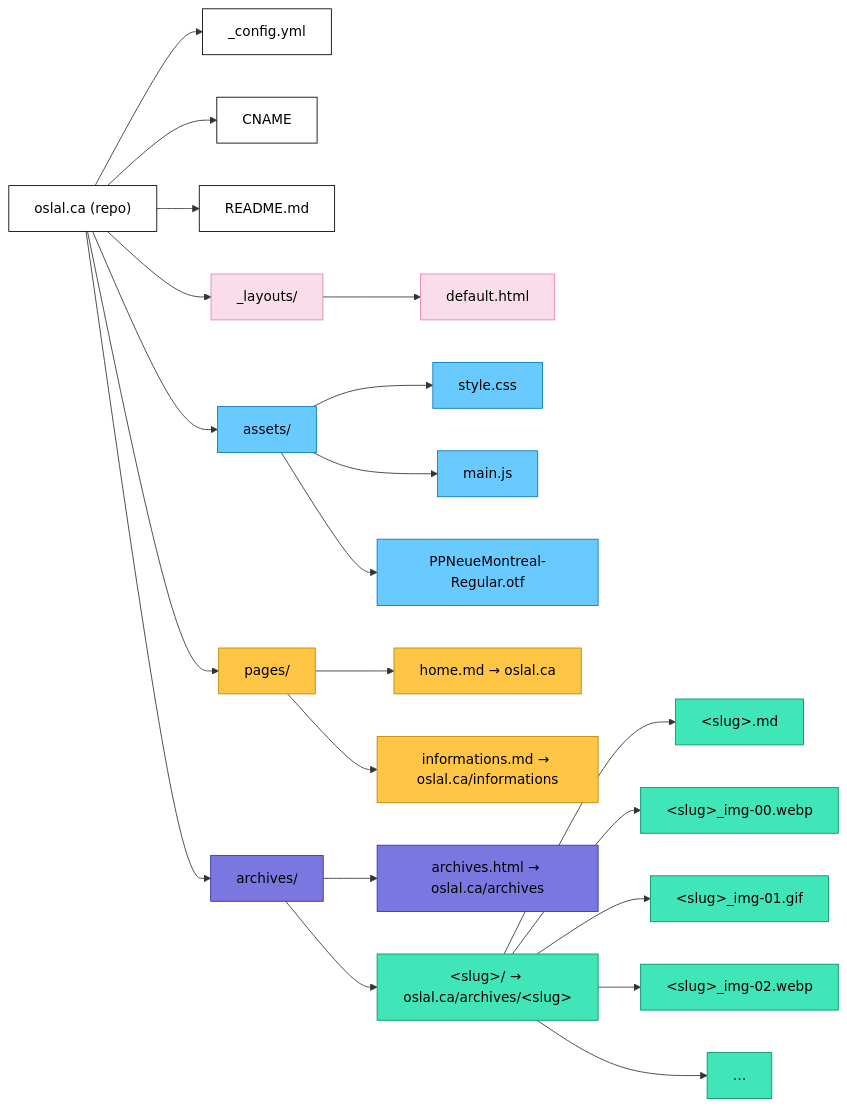
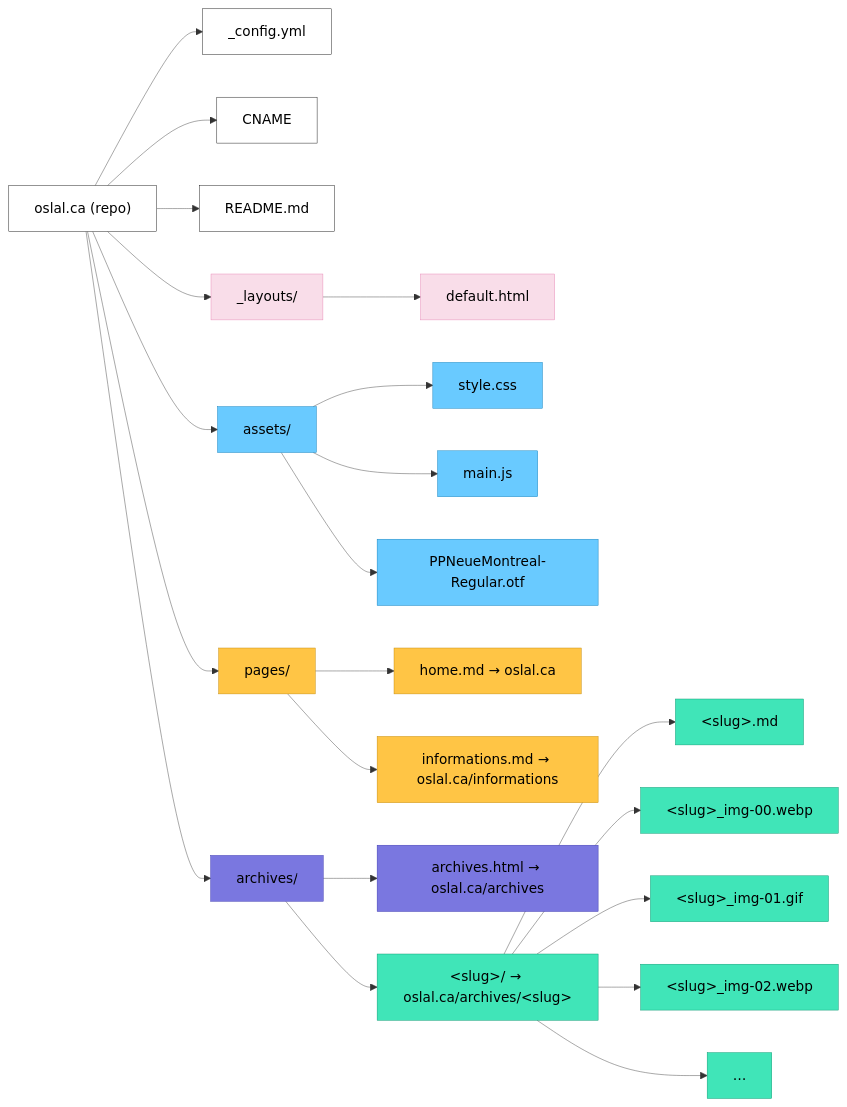
Before and after one commit to oslal/oslal.ca: the diagram in README.md, drawn with Mermaid.

Commit message:
another readme update

````diff
--- a/README.md
+++ b/README.md
@@ -1,44 +1,47 @@
 ```mermaid
+%%{init: {"fontFamily": "PP Neue Montreal", "themeVariables": {"fontFamily": "PP Neue Montreal"}}}%%
 graph LR
   root["oslal.ca (repo)"]
 
   root --> config["_config.yml"]
   root --> cname["CNAME"]
   root --> readme["README.md"]
   root --> layouts["_layouts/"]
   root --> assets["assets/"]
   root --> pages["pages/"]
   root --> archives["archives/"]
 
   layouts --> default["default.html"]
 
   assets --> css["style.css"]
   assets --> js["main.js"]
   assets --> font["PPNeueMontreal-Regular.otf"]
 
   pages --> home["home.md → oslal.ca"]
   pages --> info["informations.md → oslal.ca/informations"]
 
   archives --> list["archives.html → oslal.ca/archives"]
   archives --> slug["&lt;slug&gt;/ → oslal.ca/archives/&lt;slug&gt;"]
 
   slug --> md["&lt;slug&gt;.md"]
   slug --> img0["&lt;slug&gt;_img-00.webp"]
   slug --> img1["&lt;slug&gt;_img-01.gif"]
   slug --> img2["&lt;slug&gt;_img-02.webp"]
   slug --> more["…"]
 
-  classDef root     fill:#ffffff,stroke:#000000,color:#000000
-  classDef assets   fill:#69caff,stroke:#0578b6,color:#000000
-  classDef archives fill:#7a77e0,stroke:#3430ab,color:#000000
-  classDef slug     fill:#40e5b8,stroke:#009169,color:#000000
-  classDef pages    fill:#ffc545,stroke:#bf8400,color:#000000
-  classDef layouts  fill:#f9dde9,stroke:#e680b1,color:#000000
+  classDef root     fill:#ffffff,stroke:#000000,stroke-width:0.5px,color:#000000
+  classDef assets   fill:#69caff,stroke:#0578b6,stroke-width:0.5px,color:#000000
+  classDef archives fill:#7a77e0,stroke:#3430ab,stroke-width:0.5px,color:#000000
+  classDef slug     fill:#40e5b8,stroke:#009169,stroke-width:0.5px,color:#000000
+  classDef pages    fill:#ffc545,stroke:#bf8400,stroke-width:0.5px,color:#000000
+  classDef layouts  fill:#f9dde9,stroke:#e680b1,stroke-width:0.5px,color:#000000
+
+  linkStyle default stroke-width:0.5px
 
   class root,config,cname,readme root
   class assets,css,js,font assets
   class archives,list archives
   class slug,md,img0,img1,img2,more slug
   class pages,home,info pages
   class layouts,default layouts
 ```
````
